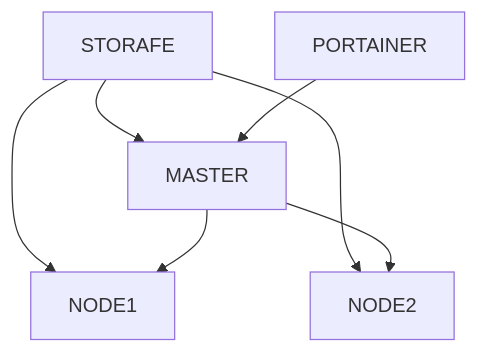
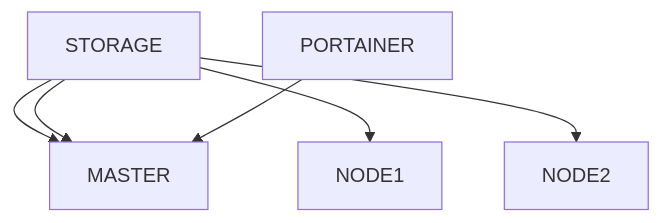
One commit to rafaeltadeu01/swarm-station changed the second of 2 diagrams in README.md. Above: the diagram before and after it, drawn with Mermaid. The commit also changed other lines of this file, not shown here.

Commit message:
Ajuste do README

````diff
--- a/README.md
+++ b/README.md
@@ -7,9 +15,8 @@
 ```mermaid
 graph TD;
-    STORAFE-->MASTER;
-    STORAFE-->NODE1;
-    STORAFE-->NODE2;
+    STORAGE-->MASTER;
+    STORAGE-->NODE1;
+    STORAGE-->NODE2;
+    STORAGE-->MASTER;
     PORTAINER-->MASTER;
-    MASTER-->NODE1;
-    MASTER-->NODE2;
 ```
````
